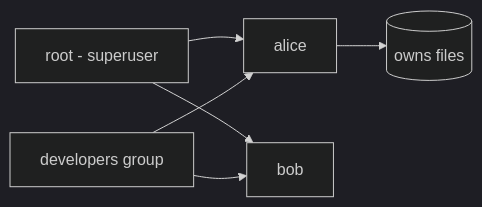
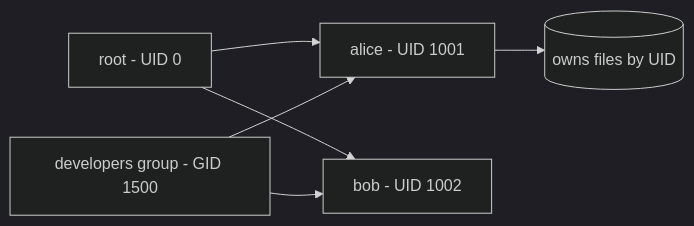
One commit to cloud-prakhar/learning-linux changed the diagram in 04-users-groups-permissions/users-and-groups.md. Above: the diagram before and after it, drawn with Mermaid (dark theme). The commit also changed other lines of this file and 69 other files, not shown here.

````diff
--- a/04-users-groups-permissions/users-and-groups.md
+++ b/04-users-groups-permissions/users-and-groups.md
@@ -35,8 +42,8 @@
 ```mermaid
 flowchart LR
-    Root[root - superuser] --> U1[alice]
-    Root --> U2[bob]
-    G[developers group] --> U1
+    Root[root - UID 0] --> U1[alice - UID 1001]
+    Root --> U2[bob - UID 1002]
+    G[developers group - GID 1500] --> U1
     G --> U2
-    U1 --> Files[(owns files)]
+    U1 --> Files[(owns files by UID)]
 ```
````
